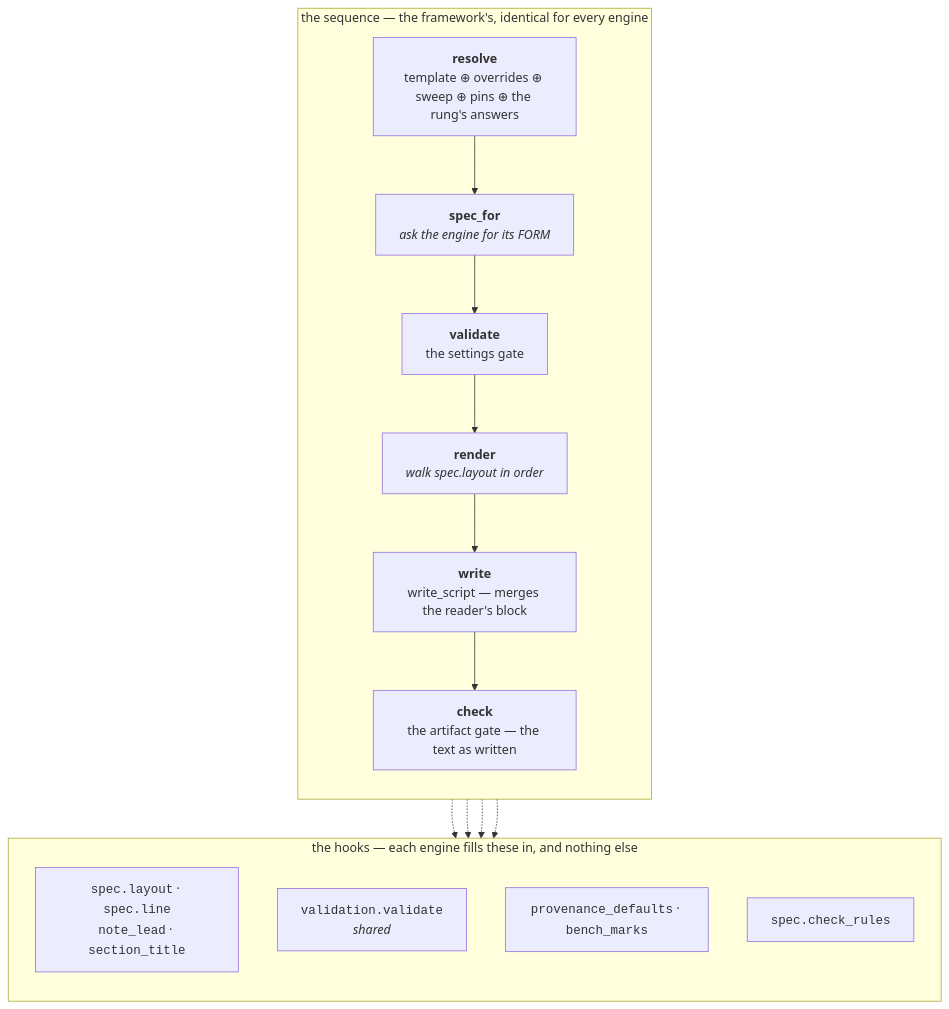
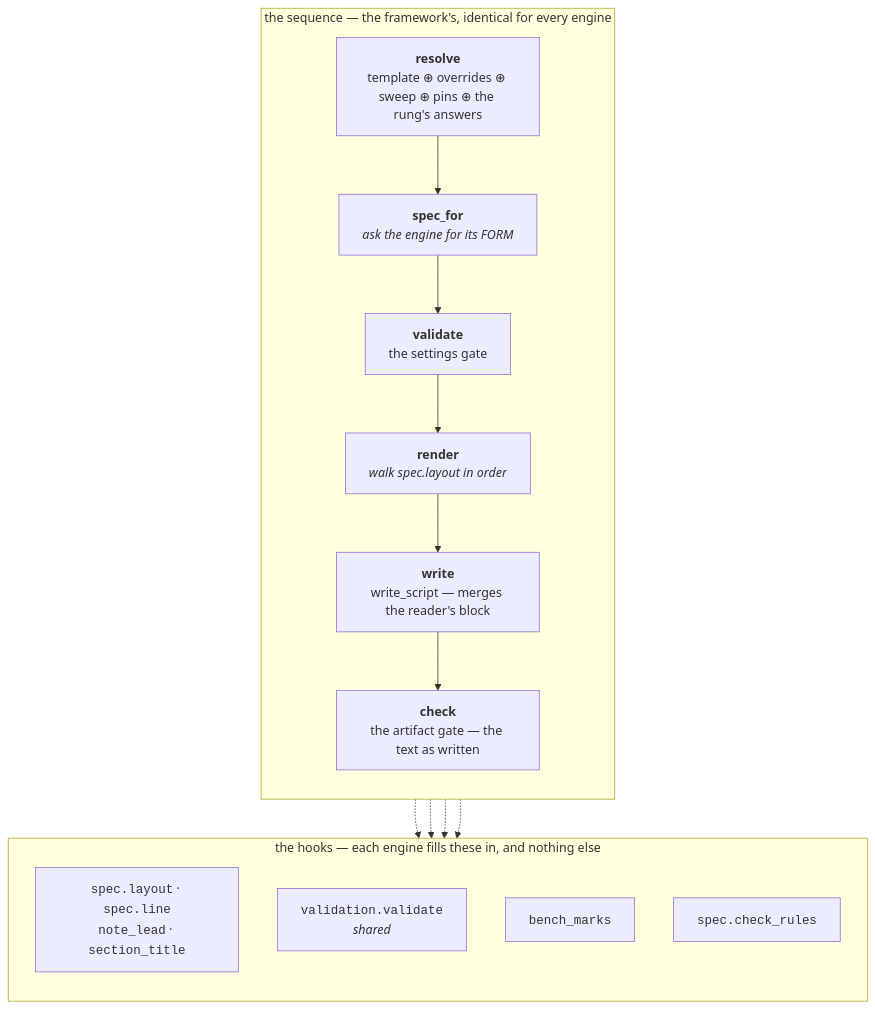
Before and after one commit to Qing-LAB/molbuilder: the sixth of 7 diagrams in docs/execution/script-preparation.md, drawn with Mermaid. The commit also changed other lines of this file and 30 other files, not shown here.

````diff
--- a/docs/execution/script-preparation.md
+++ b/docs/execution/script-preparation.md
@@ -778,24 +778,24 @@
 ```mermaid
 flowchart TB
     subgraph FIXED["the sequence — the framework's, identical for every engine"]
       direction TB
       S1["<b>resolve</b><br/>template ⊕ overrides ⊕ sweep ⊕ pins ⊕ the rung's answers"]
       S2["<b>spec_for</b><br/><i>ask the engine for its FORM</i>"]
       S3["<b>validate</b><br/>the settings gate"]
       S4["<b>render</b><br/><i>walk spec.layout in order</i>"]
       S5["<b>write</b><br/>write_script — merges the reader's block"]
       S6["<b>check</b><br/>the artifact gate — the text as written"]
       S1 --> S2 --> S3 --> S4 --> S5 --> S6
     end
     subgraph HOOKS["the hooks — each engine fills these in, and nothing else"]
       direction TB
       H2["<code>spec.layout</code> · <code>spec.line</code><br/><code>note_lead</code> · <code>section_title</code>"]
       H3["<code>validation.validate</code><br/><i>shared</i>"]
-      H5["<code>provenance_defaults</code> · <code>bench_marks</code>"]
+      H5["<code>bench_marks</code>"]
       H6["<code>spec.check_rules</code>"]
     end
     S2 -.-> H2
     S3 -.-> H3
     S4 -.-> H5
     S6 -.-> H6
 ```
````
